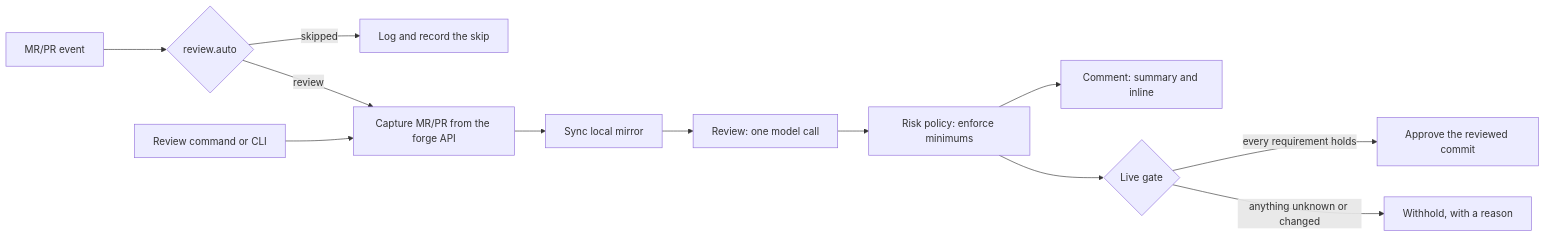
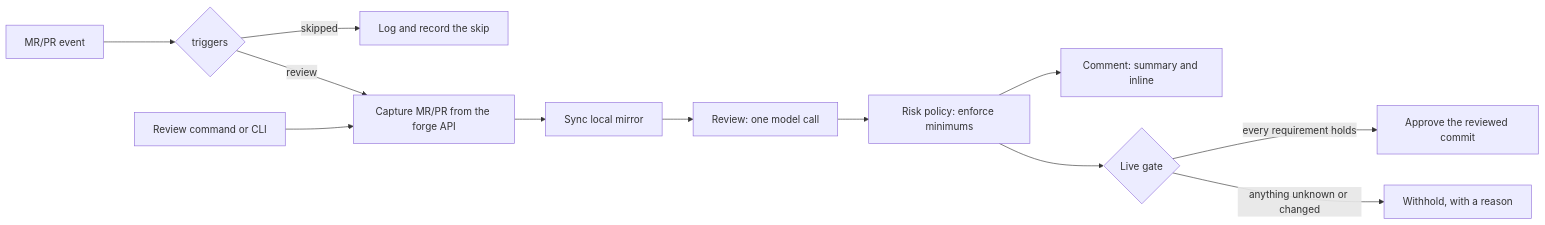
The diagram in website/docs/getting-started/how-it-works.md (kzs0/ChangeHarbor), drawn with Mermaid before and after one commit. The commit also changed other lines of this file and 16 other files, not shown here.

````diff
--- a/website/docs/getting-started/how-it-works.md
+++ b/website/docs/getting-started/how-it-works.md
@@ -3,14 +3,14 @@
 ```mermaid
 flowchart LR
-    W[MR/PR event] --> T{review.auto}
+    W[MR/PR event] --> T{triggers}
     T -->|skipped| S[Log and record the skip]
     T -->|review| C[Capture MR/PR from the forge API]
     X[Review command or CLI] --> C
     C --> M[Sync local mirror]
     M --> R[Review: one model call]
     R --> P[Risk policy: enforce minimums]
     P --> K[Comment: summary and inline]
     P --> G{Live gate}
     G -->|every requirement holds| A[Approve the reviewed commit]
     G -->|anything unknown or changed| H[Withhold, with a reason]
 ```
````
